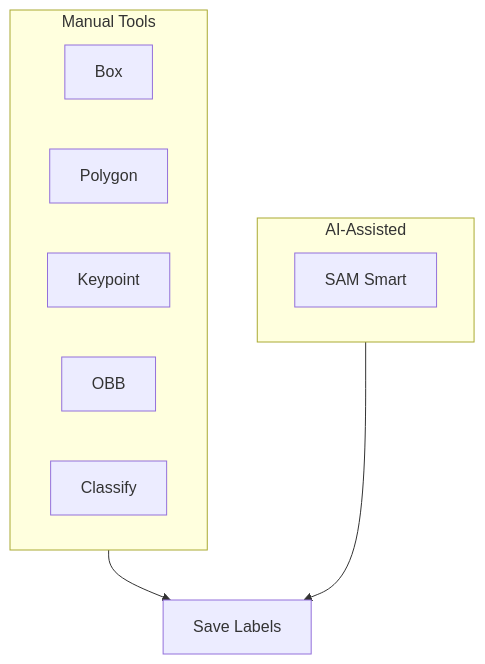
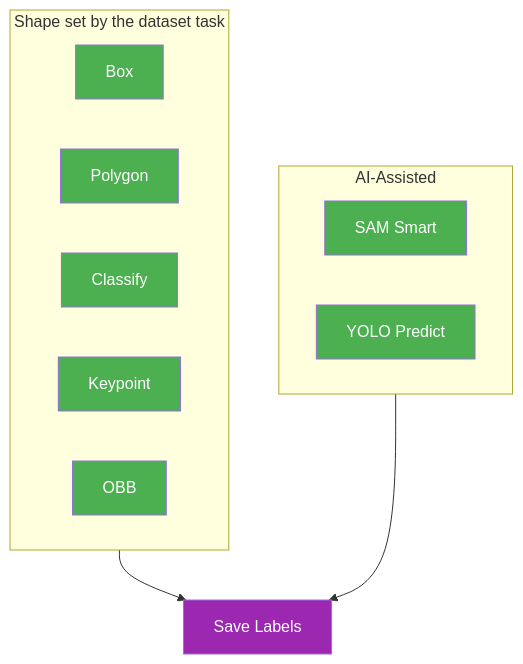
Before and after one commit to KATe-AGI/Embodied_VG: the first of 3 diagrams in ultralytics/docs/en/platform/data/annotation.md, drawn with Mermaid. The commit also changed other lines of this file and 980 other files, not shown here.

````diff
--- a/ultralytics/docs/en/platform/data/annotation.md
+++ b/ultralytics/docs/en/platform/data/annotation.md
@@ -13,11 +14,15 @@
 ```mermaid
 graph TB
-    subgraph Manual["Manual Tools"]
-        A[Box] & B[Polygon] & C[Keypoint] & D[OBB] & E[Classify]
+    subgraph Draw["Shape set by the dataset task"]
+        A[Box]:::start & B[Polygon]:::start & C[Classify]:::start & D[Keypoint]:::start & E[OBB]:::start
     end
     subgraph AI["AI-Assisted"]
-        F[SAM Smart]
+        F[SAM Smart]:::start
+        G[YOLO Predict]:::start
     end
-    Manual --> H[Save Labels]
+    Draw --> H[Save Labels]:::out
     AI --> H
+
+    classDef start fill:#4CAF50,color:#fff
+    classDef out fill:#9C27B0,color:#fff
 ```
````
